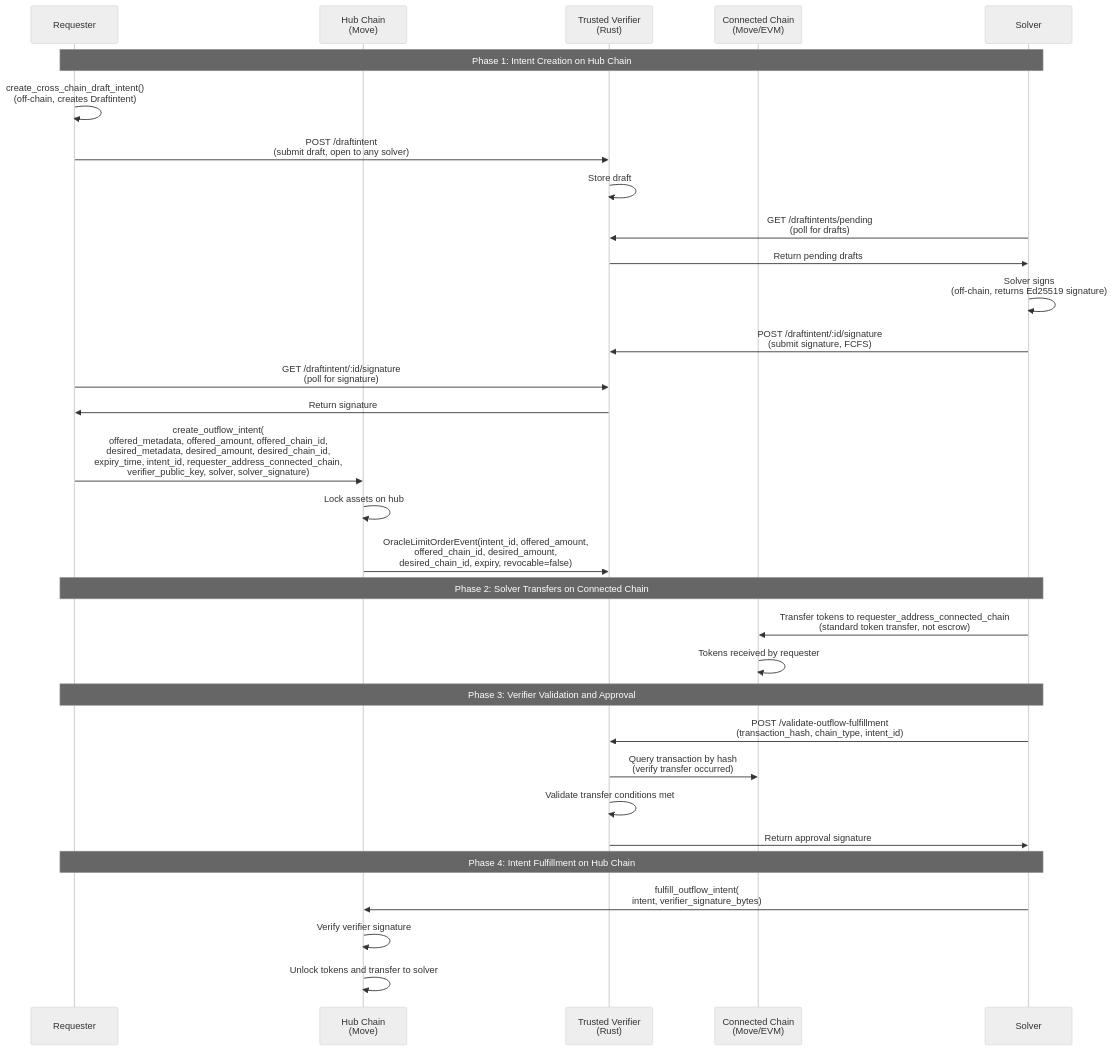
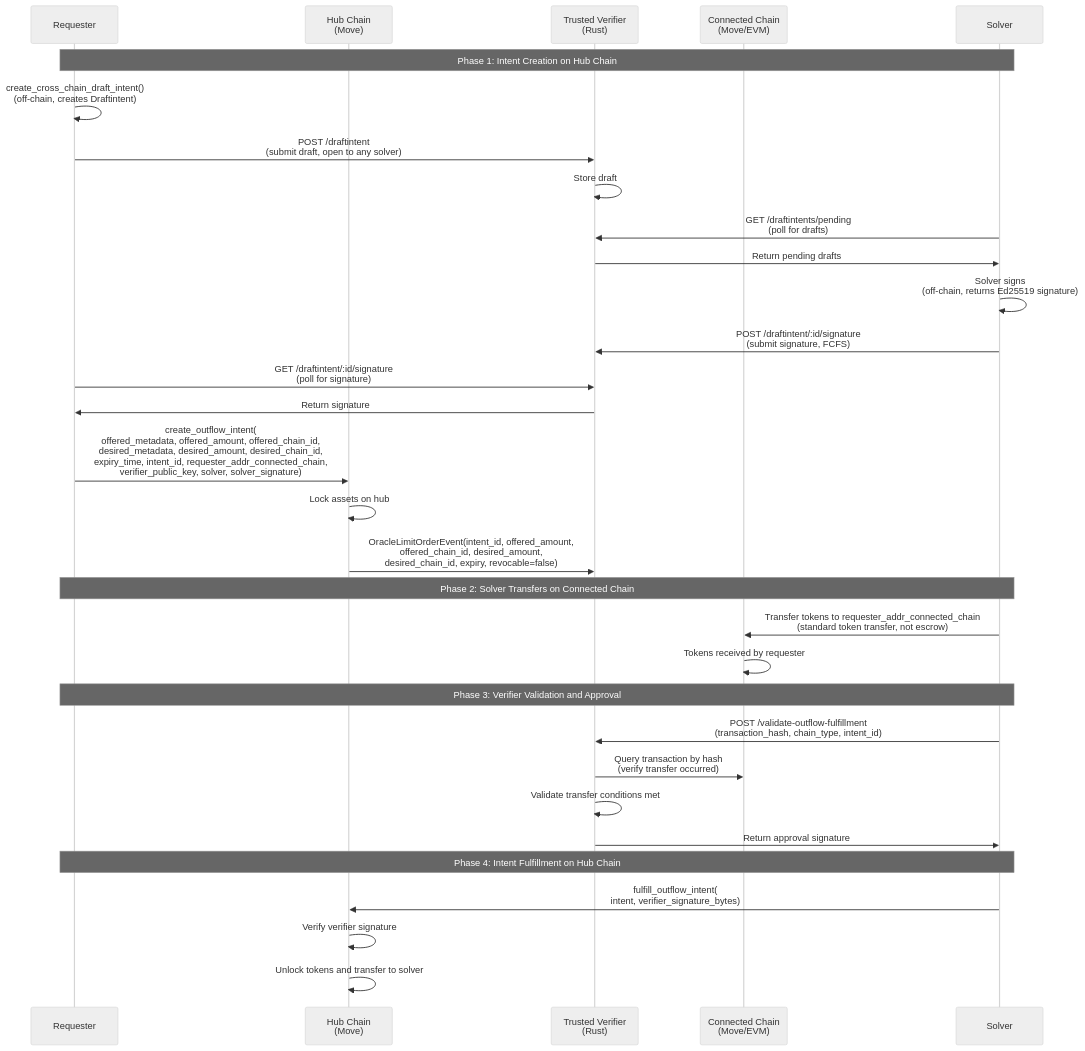
One commit to movementlabsxyz/intent-framework changed the second of 4 diagrams in docs/protocol.md. Above: the diagram before and after it, drawn with Mermaid (neutral theme). The commit also changed other lines of this file and 62 other files, not shown here.

First line of the commit message:
refactor: replace _address with _addr naming convention

````diff
--- a/docs/protocol.md
+++ b/docs/protocol.md
@@ -104,37 +104,37 @@
 ```mermaid
 sequenceDiagram
     participant Requester
     participant Hub as Hub Chain<br/>(Move)
     participant Verifier as Trusted Verifier<br/>(Rust)
     participant Connected as Connected Chain<br/>(Move/EVM)
     participant Solver
 
     Note over Requester,Solver: Phase 1: Intent Creation on Hub Chain
     Requester->>Requester: create_cross_chain_draft_intent()<br/>(off-chain, creates Draftintent)
     Requester->>Verifier: POST /draftintent<br/>(submit draft, open to any solver)
     Verifier->>Verifier: Store draft
     Solver->>Verifier: GET /draftintents/pending<br/>(poll for drafts)
     Verifier->>Solver: Return pending drafts
     Solver->>Solver: Solver signs<br/>(off-chain, returns Ed25519 signature)
     Solver->>Verifier: POST /draftintent/:id/signature<br/>(submit signature, FCFS)
     Requester->>Verifier: GET /draftintent/:id/signature<br/>(poll for signature)
     Verifier->>Requester: Return signature
-    Requester->>Hub: create_outflow_intent(<br/>offered_metadata, offered_amount, offered_chain_id,<br/>desired_metadata, desired_amount, desired_chain_id,<br/>expiry_time, intent_id, requester_address_connected_chain,<br/>verifier_public_key, solver, solver_signature)
+    Requester->>Hub: create_outflow_intent(<br/>offered_metadata, offered_amount, offered_chain_id,<br/>desired_metadata, desired_amount, desired_chain_id,<br/>expiry_time, intent_id, requester_addr_connected_chain,<br/>verifier_public_key, solver, solver_signature)
     Hub->>Hub: Lock assets on hub
     Hub->>Verifier: OracleLimitOrderEvent(intent_id, offered_amount,<br/>offered_chain_id, desired_amount,<br/>desired_chain_id, expiry, revocable=false)
 
     Note over Requester,Solver: Phase 2: Solver Transfers on Connected Chain
-    Solver->>Connected: Transfer tokens to requester_address_connected_chain<br/>(standard token transfer, not escrow)
+    Solver->>Connected: Transfer tokens to requester_addr_connected_chain<br/>(standard token transfer, not escrow)
     Connected->>Connected: Tokens received by requester
 
     Note over Requester,Solver: Phase 3: Verifier Validation and Approval
     Solver->>Verifier: POST /validate-outflow-fulfillment<br/>(transaction_hash, chain_type, intent_id)
     Verifier->>Connected: Query transaction by hash<br/>(verify transfer occurred)
     Verifier->>Verifier: Validate transfer conditions met
     Verifier->>Solver: Return approval signature
 
     Note over Requester,Solver: Phase 4: Intent Fulfillment on Hub Chain
     Solver->>Hub: fulfill_outflow_intent(<br/>intent, verifier_signature_bytes)
     Hub->>Hub: Verify verifier signature
     Hub->>Hub: Unlock tokens and transfer to solver
 ```
````
